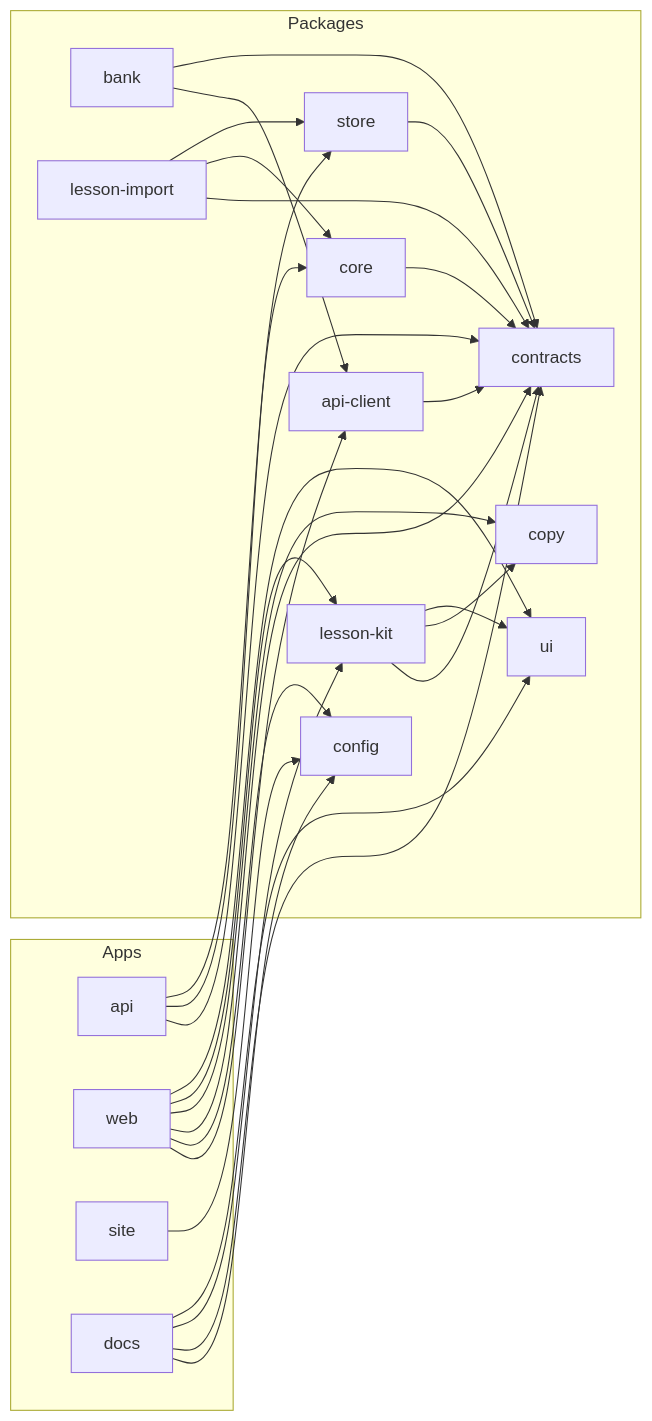
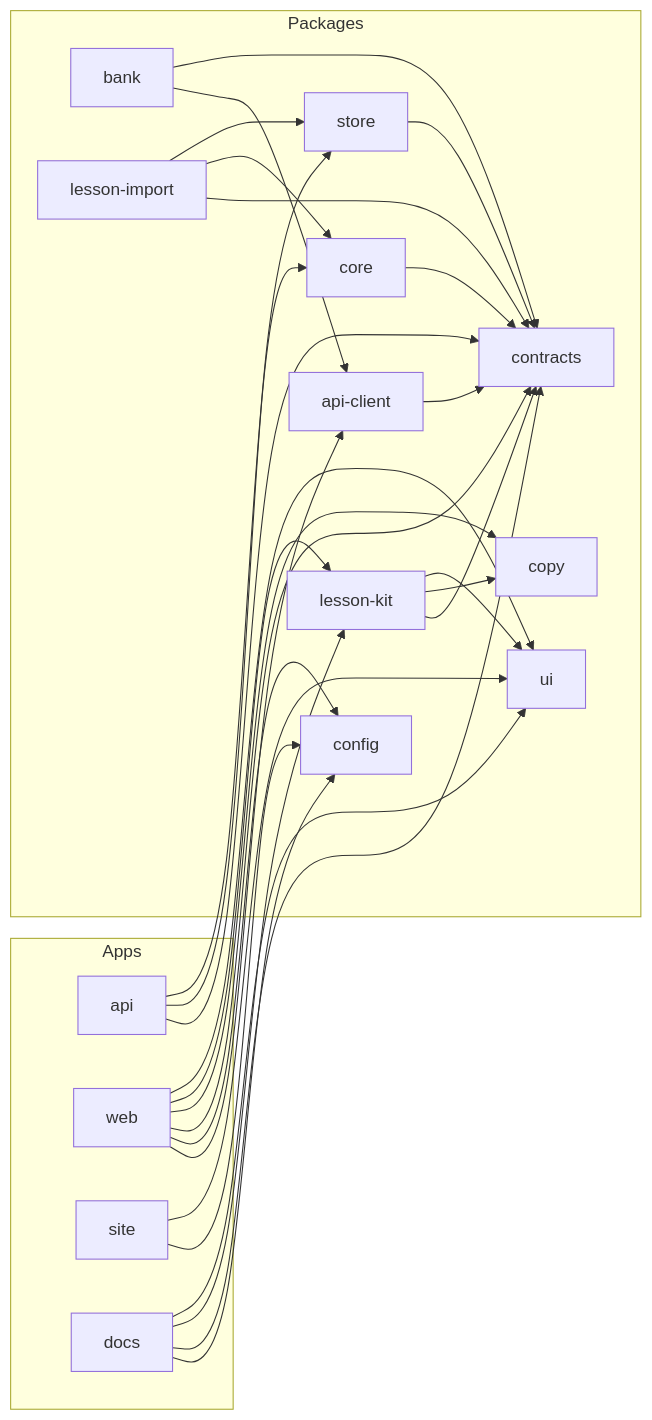
One commit to vasyl-stanislavchuk/jadwigo-hackathon changed the diagram in apps/docs/src/content/docs/architecture/monorepo.md. Above: the diagram before and after it, drawn with Mermaid. The commit also changed 16 other files, not shown here.

````diff
--- a/apps/docs/src/content/docs/architecture/monorepo.md
+++ b/apps/docs/src/content/docs/architecture/monorepo.md
@@ -20,46 +20,47 @@
 ```mermaid
 flowchart LR
   subgraph apps [Apps]
     api
     web
     site
     docs
   end
   subgraph packages [Packages]
     api_client["api-client"]
     bank
     config
     contracts
     copy
     core
     lesson_import["lesson-import"]
     lesson_kit["lesson-kit"]
     store
     ui
   end
   api --> contracts
   api --> core
   api --> store
   web --> api_client
   web --> config
   web --> contracts
   web --> copy
   web --> lesson_kit
   web --> ui
   site --> config
+  site --> ui
   docs --> config
   docs --> contracts
   docs --> lesson_kit
   docs --> ui
   api_client --> contracts
   bank --> api_client
   bank --> contracts
   core --> contracts
   lesson_import --> contracts
   lesson_import --> core
   lesson_import --> store
   lesson_kit --> contracts
   lesson_kit --> copy
   lesson_kit --> ui
   store --> contracts
 ```
````
